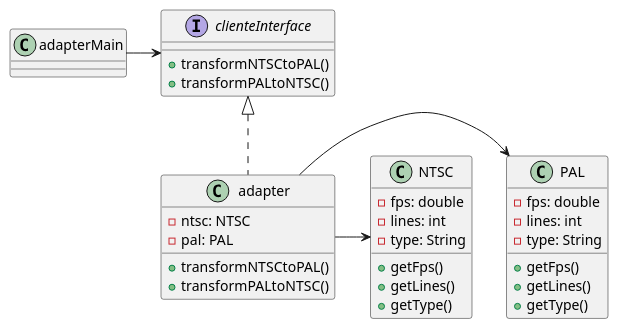
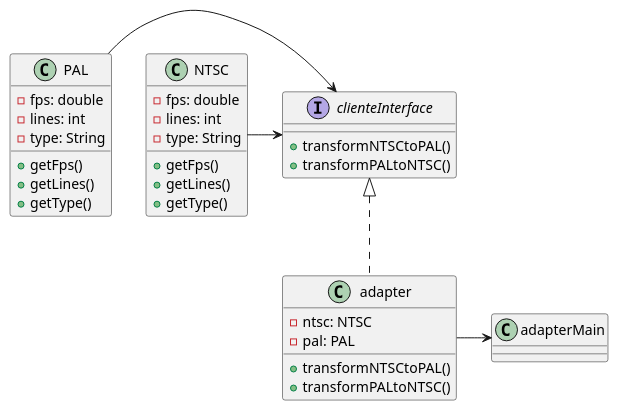
The diagram in uml.plantuml (GonzaPT/patronAdapter), drawn with PlantUML before and after one commit. The commit also changed 1 other file, not shown here.

Commit message:
se hicieron modificaciones a NTSC y al UML

```diff
--- a/uml.plantuml
+++ b/uml.plantuml
@@ -1,42 +1,42 @@
 @startuml Adapter Patron
 
 class adapter implements clienteInterface{
 
     - ntsc: NTSC
     - pal: PAL
 
     + transformNTSCtoPAL()
     + transformPALtoNTSC()
 }
 
-adapter -> PAL
+PAL -> clienteInterface
 class PAL{
     - fps: double
     - lines: int
     - type: String
 
     + getFps()
     + getLines()
     + getType()
 }
 
-adapter -> NTSC
+NTSC -> clienteInterface
 class NTSC{
     - fps: double
     - lines: int
     - type: String
 
     + getFps()
     + getLines()
     + getType()
 }
 
 interface clienteInterface{
     + transformNTSCtoPAL()
     + transformPALtoNTSC()
 }
 
-adapterMain -> clienteInterface
+adapter -> adapterMain
 class adapterMain{}
 
 @enduml
```
